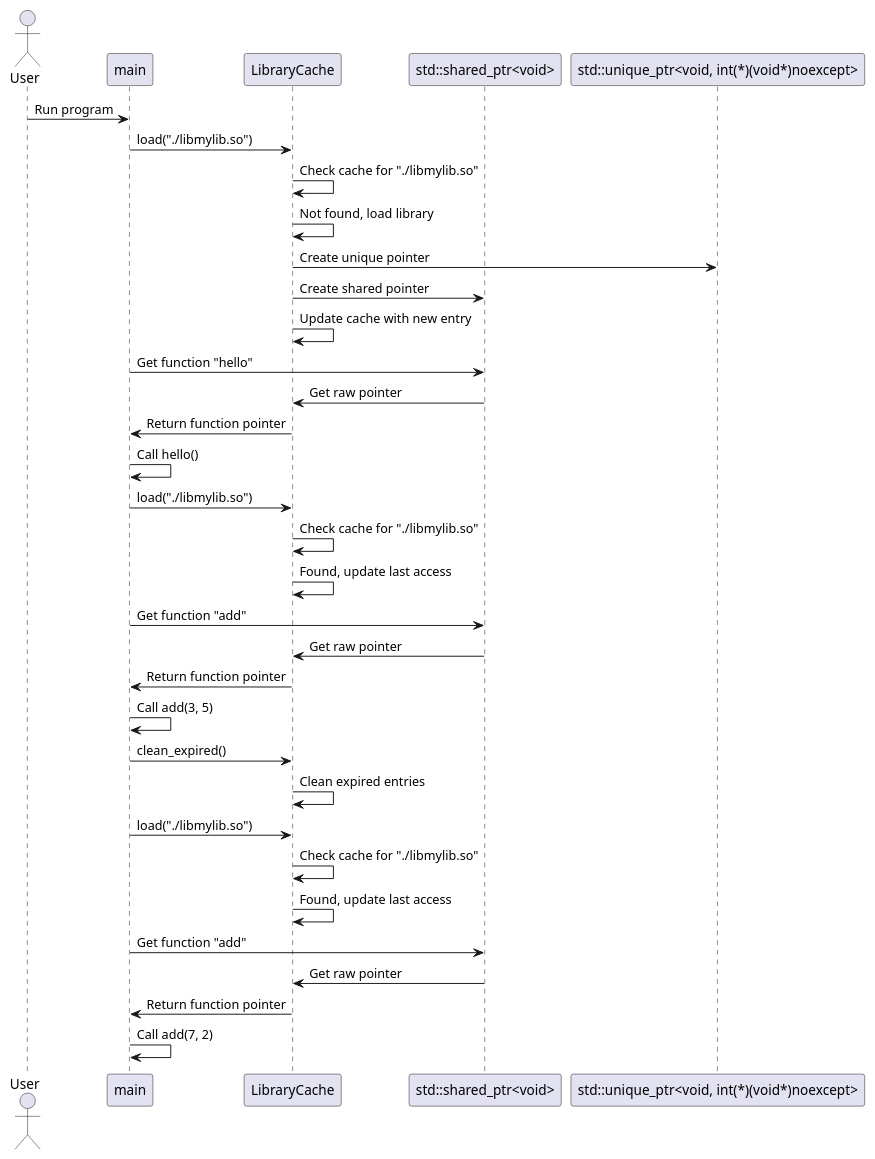
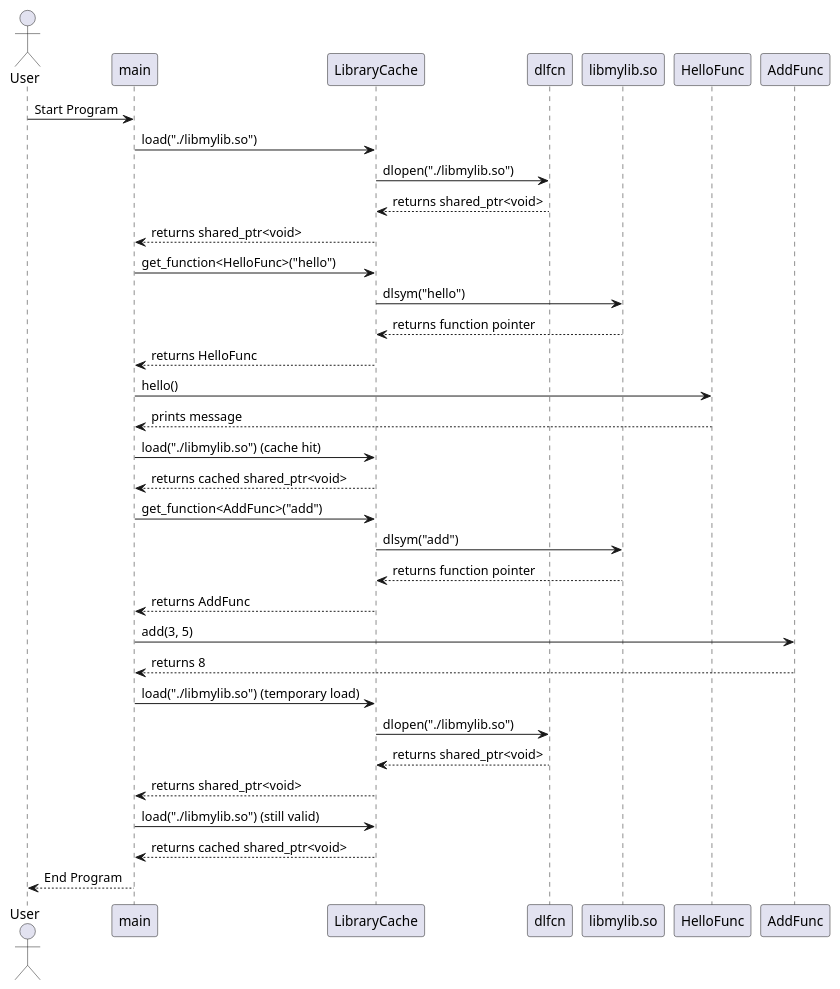
One commit to greenhandzdl/others changed the diagram in CPP/lib/CommunicationD.pu. Above: the diagram before and after it, drawn with PlantUML. The commit also changed 4 other files, not shown here.

```diff
--- a/CPP/lib/CommunicationD.pu
+++ b/CPP/lib/CommunicationD.pu
@@ -1,35 +1,42 @@
 @startuml
 actor User
-participant main
+participant main as Main
 participant LibraryCache as Cache
-participant "std::shared_ptr<void>" as SharedPtr
-participant "std::unique_ptr<void, int(*)(void*)noexcept>" as UniquePtr
+participant dlfcn as DynamicLoader
+participant libmylib.so as LibMyLib
 
-User -> main: Run program
-main -> Cache: load("./libmylib.so")
-Cache -> Cache: Check cache for "./libmylib.so"
-Cache -> Cache: Not found, load library
-Cache -> UniquePtr: Create unique pointer
-Cache -> SharedPtr: Create shared pointer
-Cache -> Cache: Update cache with new entry
-main -> SharedPtr: Get function "hello"
-SharedPtr -> Cache: Get raw pointer
-Cache -> main: Return function pointer
-main -> main: Call hello()
-main -> Cache: load("./libmylib.so")
-Cache -> Cache: Check cache for "./libmylib.so"
-Cache -> Cache: Found, update last access
-main -> SharedPtr: Get function "add"
-SharedPtr -> Cache: Get raw pointer
-Cache -> main: Return function pointer
-main -> main: Call add(3, 5)
-main -> Cache: clean_expired()
-Cache -> Cache: Clean expired entries
-main -> Cache: load("./libmylib.so")
-Cache -> Cache: Check cache for "./libmylib.so"
-Cache -> Cache: Found, update last access
-main -> SharedPtr: Get function "add"
-SharedPtr -> Cache: Get raw pointer
-Cache -> main: Return function pointer
-main -> main: Call add(7, 2)
+User -> Main : Start Program
+Main -> Cache : load("./libmylib.so")
+Cache -> DynamicLoader : dlopen("./libmylib.so")
+DynamicLoader --> Cache : returns shared_ptr<void>
+Cache --> Main : returns shared_ptr<void>
+
+Main -> Cache : get_function<HelloFunc>("hello")
+Cache -> LibMyLib : dlsym("hello")
+LibMyLib --> Cache : returns function pointer
+Cache --> Main : returns HelloFunc
+
+Main -> HelloFunc : hello()
+HelloFunc --> Main : prints message
+
+Main -> Cache : load("./libmylib.so") (cache hit)
+Cache --> Main : returns cached shared_ptr<void>
+
+Main -> Cache : get_function<AddFunc>("add")
+Cache -> LibMyLib : dlsym("add")
+LibMyLib --> Cache : returns function pointer
+Cache --> Main : returns AddFunc
+
+Main -> AddFunc : add(3, 5)
+AddFunc --> Main : returns 8
+
+Main -> Cache : load("./libmylib.so") (temporary load)
+Cache -> DynamicLoader : dlopen("./libmylib.so")
+DynamicLoader --> Cache : returns shared_ptr<void>
+Cache --> Main : returns shared_ptr<void>
+
+Main -> Cache : load("./libmylib.so") (still valid)
+Cache --> Main : returns cached shared_ptr<void>
+
+Main --> User : End Program
 @enduml
```
